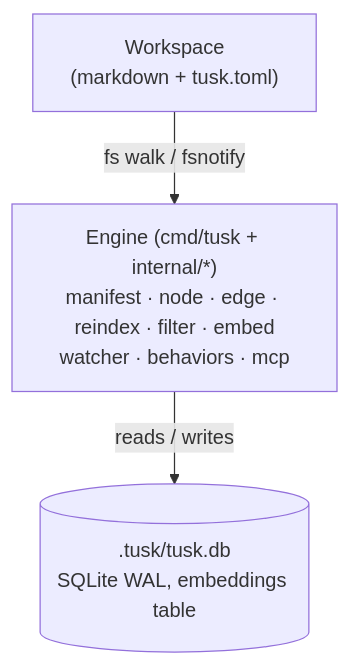
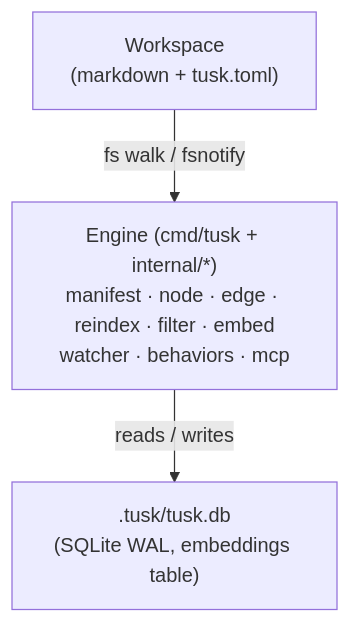
One commit to germanamz/tusk changed the diagram in README.md. Above: the diagram before and after it, drawn with Mermaid.

Commit message:
docs: fix README mermaid render on GitHub (#523)
GitHub failed to render the architecture diagram with 'Could not find a
suitable point for the given distance'. The cause is the database cylinder
node shape combined with a labeled edge pointing into it — Mermaid cannot
place the edge label on the cylinder's curved boundary. Use a plain
rectangle for the .tusk/tusk.db node; the edge labels now render.

````diff
--- a/README.md
+++ b/README.md
@@ -383,9 +383,9 @@
 ```mermaid
 flowchart TD
     workspace["Workspace<br/>(markdown + tusk.toml)"]
     engine["Engine (cmd/tusk + internal/*)<br/>manifest · node · edge · reindex · filter · embed<br/>watcher · behaviors · mcp"]
-    db[(".tusk/tusk.db<br/>SQLite WAL, embeddings table")]
+    db[".tusk/tusk.db<br/>(SQLite WAL, embeddings table)"]
 
     workspace -->|"fs walk / fsnotify"| engine
     engine -->|"reads / writes"| db
 ```
````
